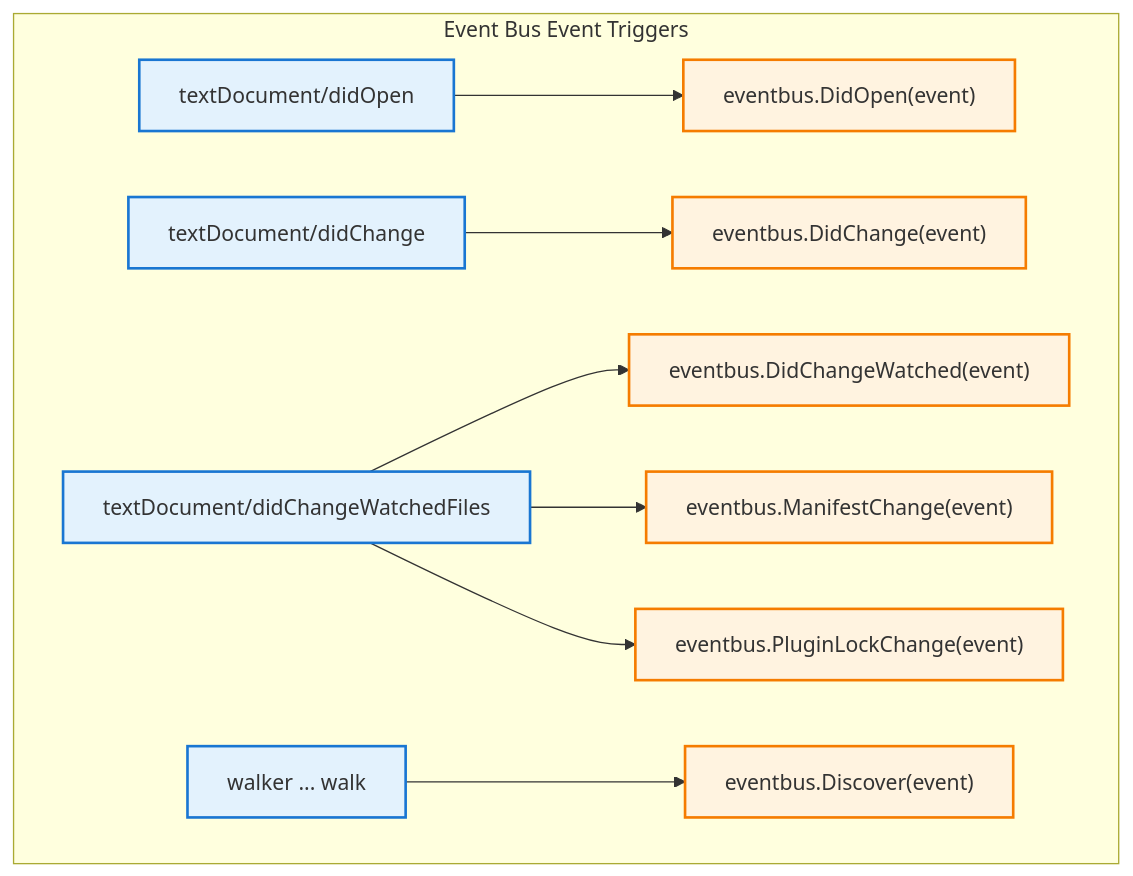
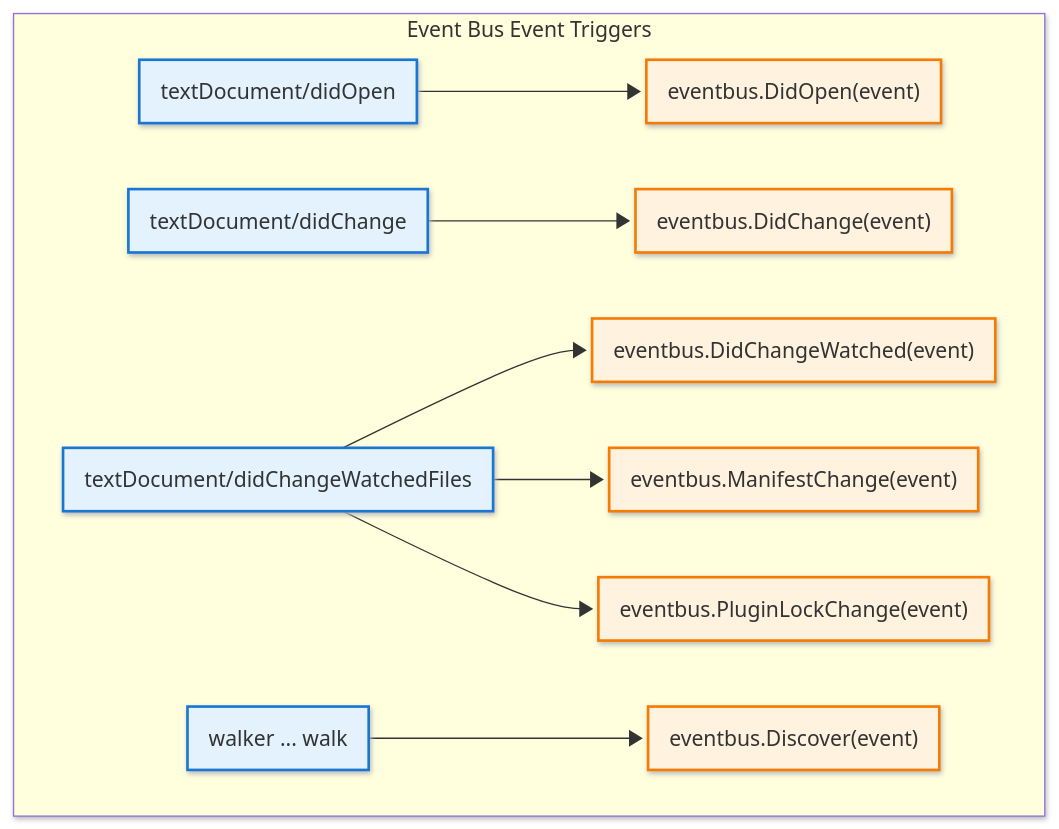
One commit to opentofu/tofu-ls changed the sixth of 6 diagrams in docs/architecture.md. Above: the diagram before and after it, drawn with Mermaid. The commit also changed other lines of this file, not shown here.

Commit message:
Architecture.md chart theme and default colors

````diff
--- a/docs/architecture.md
+++ b/docs/architecture.md
@@ -395,35 +401,39 @@
 ```mermaid
+---
+config:
+  theme: mc
+  look: neo
+---
 flowchart LR
  subgraph subGraph0["Event Bus Event Triggers"]
     direction LR
         EDO["eventbus.DidOpen(event)"]
         TDO["textDocument/didOpen"]
         EDC["eventbus.DidChange(event)"]
         TDC["textDocument/didChange"]
         EDCW["eventbus.DidChangeWatched(event)"]
         TDCWF["textDocument/didChangeWatchedFiles"]
         EMC["eventbus.ManifestChange(event)"]
         EPLC["eventbus.PluginLockChange(event)"]
         ED["eventbus.Discover(event)"]
         WW["walker ... walk"]
   end
     TDO --> EDO
     TDC --> EDC
     TDCWF --> EDCW & EMC & EPLC
     WW --> ED
 
      EDO:::event
      TDO:::trigger
      EDC:::event
      TDC:::trigger
      EDCW:::event
      TDCWF:::trigger
      EMC:::event
      EPLC:::event
      ED:::event
      WW:::trigger
-    classDef default fill:#f9f9f9,stroke:#666,stroke-width:1px
     classDef trigger fill:#e3f2fd,stroke:#1976d2,stroke-width:2px
     classDef event fill:#fff3e0,stroke:#f57c00,stroke-width:2px
     classDef title fill:#ffffff,stroke:#333,stroke-width:2px,font-weight:bold,font-size:16px
 ```
````
